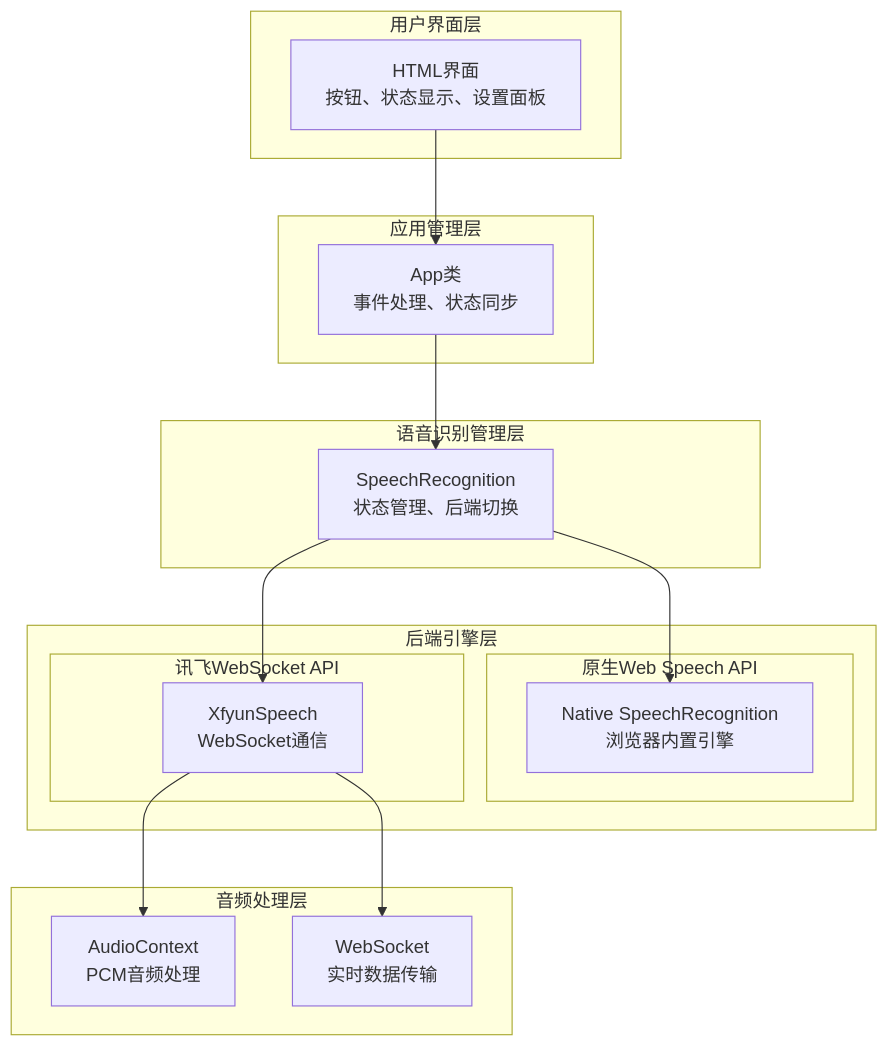
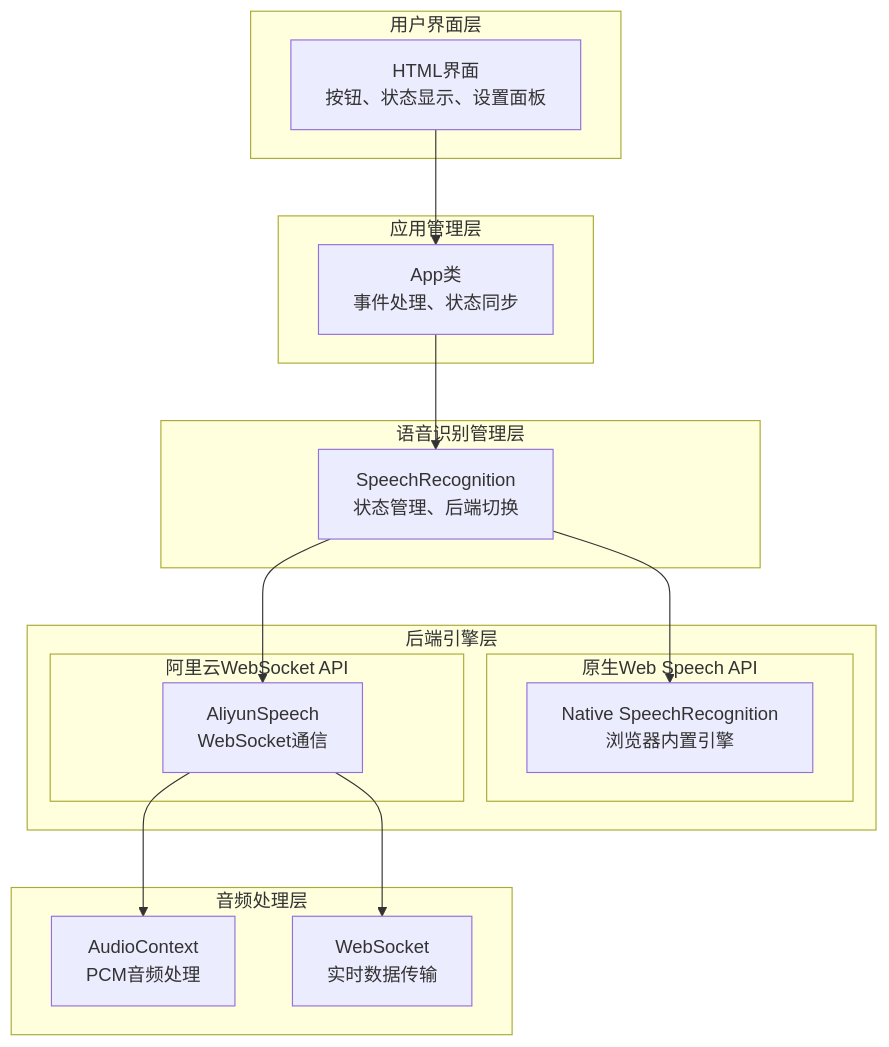
The second of 10 diagrams in .qoder/repowiki/zh/content/语音识别模块详解/语音识别模块详解.md (db300/MySpeechRecognition), drawn with Mermaid before and after one commit. The commit also changed other lines of this file and 26 other files, not shown here.

````diff
--- a/.qoder/repowiki/zh/content/语音识别模块详解/语音识别模块详解.md
+++ b/.qoder/repowiki/zh/content/语音识别模块详解/语音识别模块详解.md
@@ -130,30 +140,30 @@
 ```mermaid
 graph TB
 subgraph "用户界面层"
 UI[HTML界面<br/>按钮、状态显示、设置面板]
 end
 subgraph "应用管理层"
 APP[App类<br/>事件处理、状态同步]
 UI --> APP
 end
 subgraph "语音识别管理层"
 SR[SpeechRecognition<br/>状态管理、后端切换]
 APP --> SR
 end
 subgraph "后端引擎层"
 subgraph "原生Web Speech API"
 NATIVE[Native SpeechRecognition<br/>浏览器内置引擎]
 end
-subgraph "讯飞WebSocket API"
-XFYUN[XfyunSpeech<br/>WebSocket通信]
+subgraph "阿里云WebSocket API"
+ALIYUN[AliyunSpeech<br/>WebSocket通信]
 end
 SR --> NATIVE
-SR --> XFYUN
+SR --> ALIYUN
 end
 subgraph "音频处理层"
 AC[AudioContext<br/>PCM音频处理]
 WS[WebSocket<br/>实时数据传输]
-XFYUN --> AC
-XFYUN --> WS
+ALIYUN --> AC
+ALIYUN --> WS
 end
 ```
````
